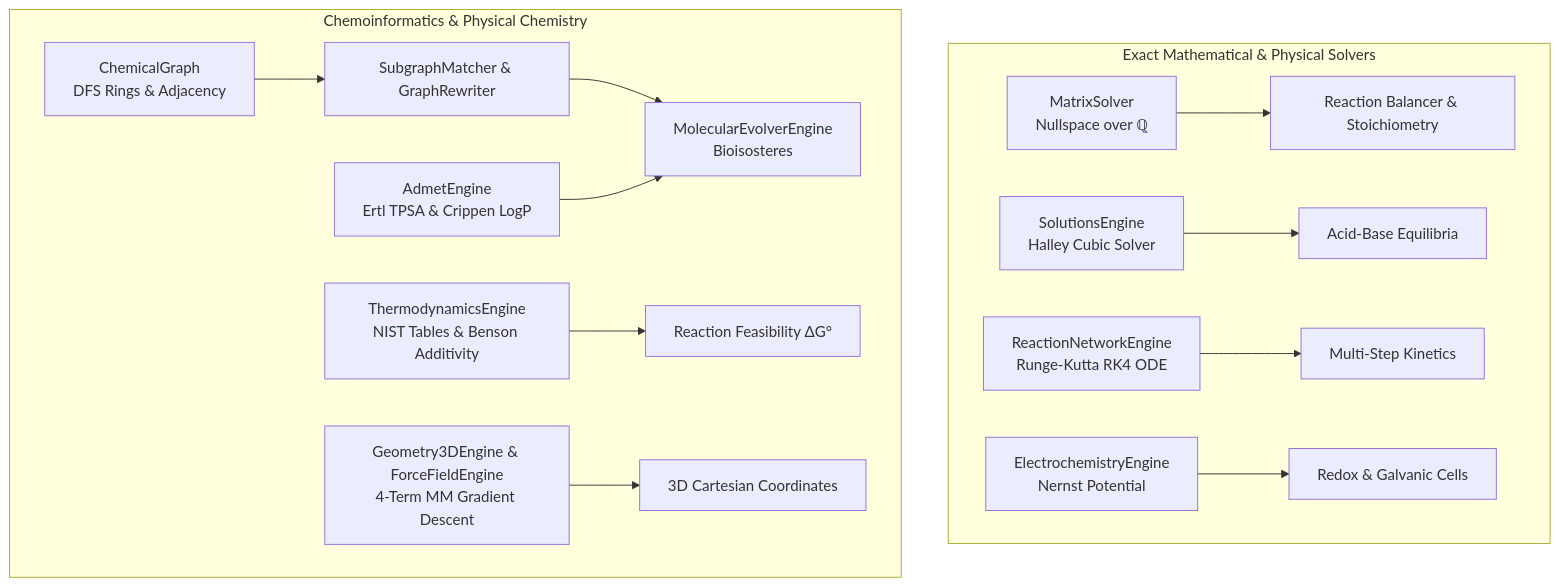
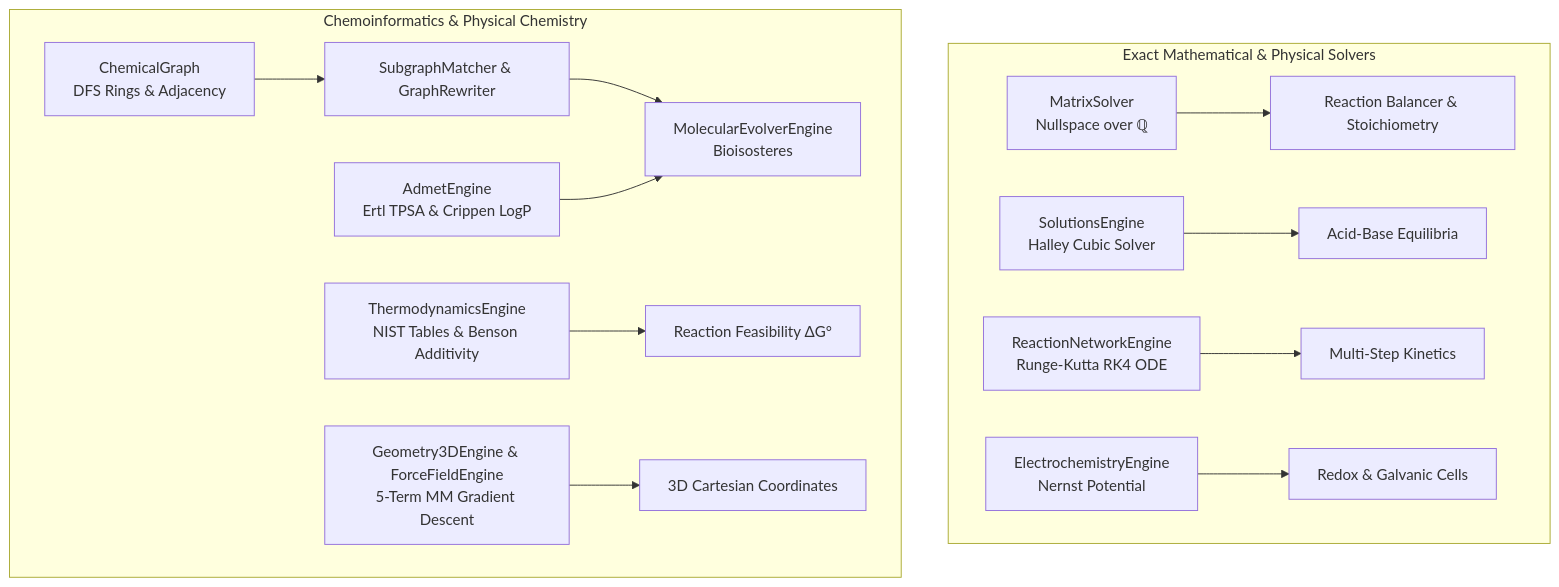
The diagram in docs/SCIENTIFIC_CREDIBILITY_REPORT.md (mouralx/chemy), drawn with Mermaid before and after one commit. The commit also changed other lines of this file and 29 other files, not shown here.

````diff
--- a/docs/SCIENTIFIC_CREDIBILITY_REPORT.md
+++ b/docs/SCIENTIFIC_CREDIBILITY_REPORT.md
@@ -33,17 +33,17 @@
 ```mermaid
 graph TD
     subgraph Exact Mathematical & Physical Solvers
         A[MatrixSolver<br/>Nullspace over ℚ] --> S[Reaction Balancer & Stoichiometry]
         B[SolutionsEngine<br/>Halley Cubic Solver] --> AQ[Acid-Base Equilibria]
         C[ReactionNetworkEngine<br/>Runge-Kutta RK4 ODE] --> K[Multi-Step Kinetics]
         D[ElectrochemistryEngine<br/>Nernst Potential] --> E[Redox & Galvanic Cells]
     end
 
     subgraph Chemoinformatics & Physical Chemistry
         F[ChemicalGraph<br/>DFS Rings & Adjacency] --> G[SubgraphMatcher & GraphRewriter]
         G --> H[MolecularEvolverEngine<br/>Bioisosteres]
         I[AdmetEngine<br/>Ertl TPSA & Crippen LogP] --> H
         J[ThermodynamicsEngine<br/>NIST Tables & Benson Additivity] --> T[Reaction Feasibility ΔG°]
-        L[Geometry3DEngine & ForceFieldEngine<br/>4-Term MM Gradient Descent] --> M[3D Cartesian Coordinates]
+        L[Geometry3DEngine & ForceFieldEngine<br/>5-Term MM Gradient Descent] --> M[3D Cartesian Coordinates]
     end
 ```
````
